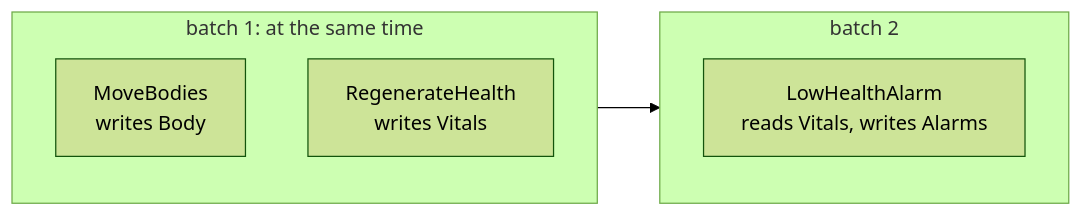
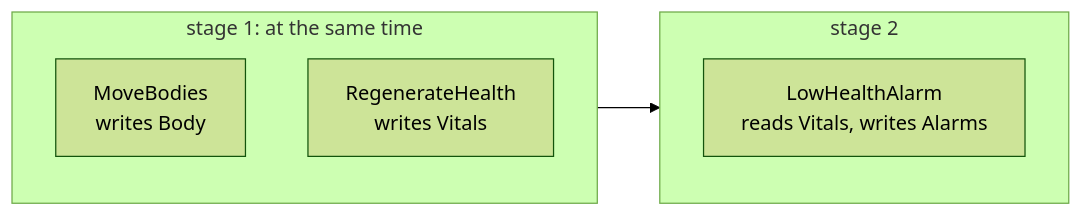
One commit to JasonXuDeveloper/EasyEcs changed the third of 3 diagrams in doc/guide/threading.md. Above: the diagram before and after it, drawn with Mermaid (forest theme). The commit also changed other lines of this file and 20 other files, not shown here.

````diff
--- a/doc/guide/threading.md
+++ b/doc/guide/threading.md
@@ -125,11 +125,11 @@
 ```mermaid
 flowchart LR
-    subgraph B1 [batch 1: at the same time]
+    subgraph B1 [stage 1: at the same time]
         M[MoveBodies<br/>writes Body]
         R[RegenerateHealth<br/>writes Vitals]
     end
-    subgraph B2 [batch 2]
+    subgraph B2 [stage 2]
         A[LowHealthAlarm<br/>reads Vitals, writes Alarms]
     end
     B1 --> B2
 ```
````
